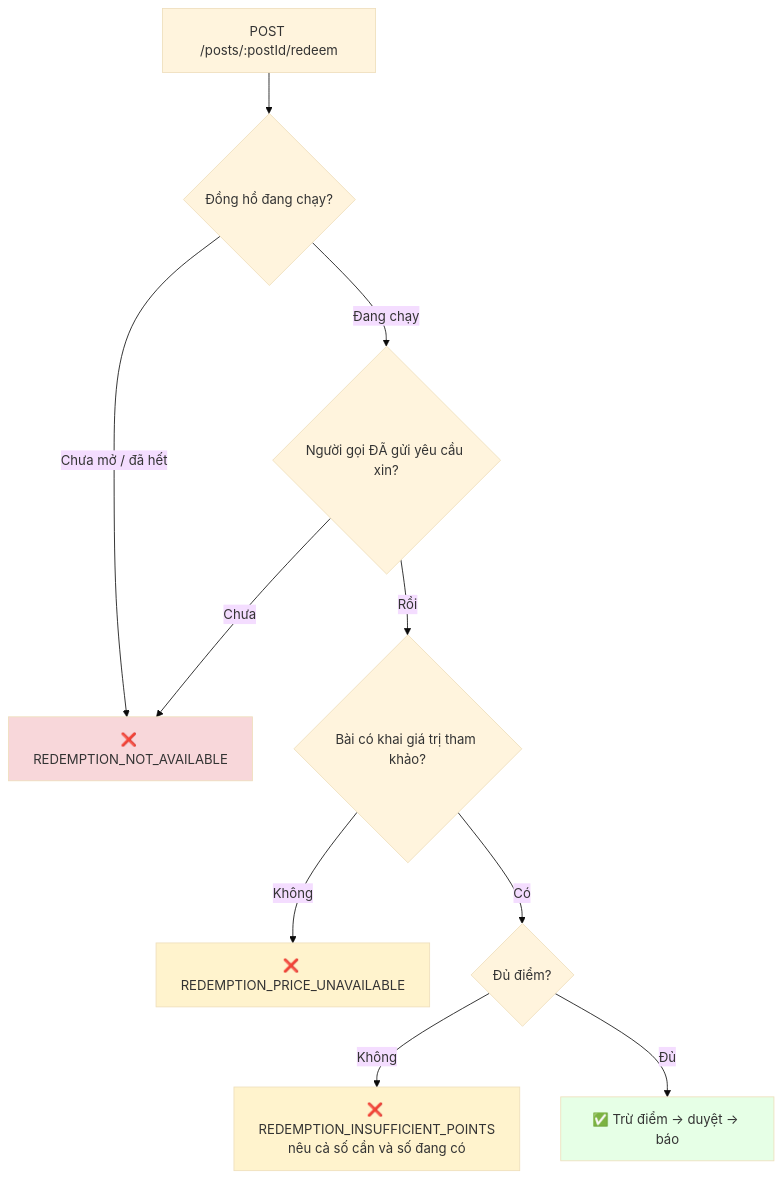
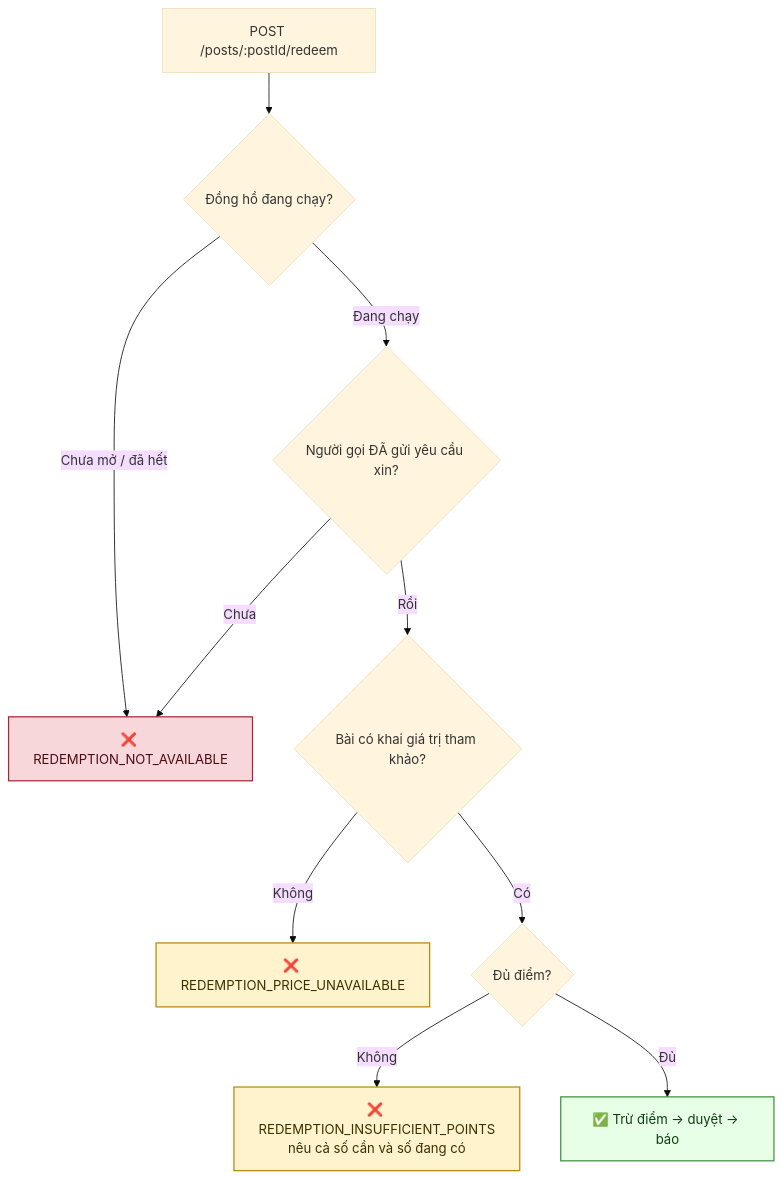
One commit to fdshn/trueheart changed the second of 4 diagrams in docs/diagram/14-redemption.md. Above: the diagram before and after it, drawn with Mermaid (base theme). The commit also changed other lines of this file and 30 other files, not shown here.

First line of the commit message:
docs(diagram): chữ trong khối tô màu đọc được ở cả giao diện sáng và tối

````diff
--- a/docs/diagram/14-redemption.md
+++ b/docs/diagram/14-redemption.md
@@ -47,17 +47,17 @@
 ```mermaid
 flowchart TD
     A["POST /posts/:postId/redeem"] --> B{Đồng hồ đang chạy?}
     B -->|Chưa mở / đã hết| X1["❌ REDEMPTION_NOT_AVAILABLE"]
     B -->|Đang chạy| C{Người gọi ĐÃ gửi yêu cầu xin?}
     C -->|Chưa| X1
     C -->|Rồi| D{Bài có khai giá trị tham khảo?}
     D -->|Không| X2["❌ REDEMPTION_PRICE_UNAVAILABLE"]
     D -->|Có| E{Đủ điểm?}
     E -->|Không| X3["❌ REDEMPTION_INSUFFICIENT_POINTS<br/>nêu cả số cần và số đang có"]
     E -->|Đủ| F["✅ Trừ điểm → duyệt → báo"]
 
-    style X1 fill:#f8d7da
-    style X2 fill:#fff3cd
-    style X3 fill:#fff3cd
-    style F fill:#e6ffe6
+    style X1 fill:#f8d7da,stroke:#a52834,stroke-width:1.5px,color:#4a0d13
+    style X2 fill:#fff3cd,stroke:#b8860b,stroke-width:1.5px,color:#3d2f00
+    style X3 fill:#fff3cd,stroke:#b8860b,stroke-width:1.5px,color:#3d2f00
+    style F fill:#e6ffe6,stroke:#3f8f3f,stroke-width:1.5px,color:#0f3d12
 ```
````
